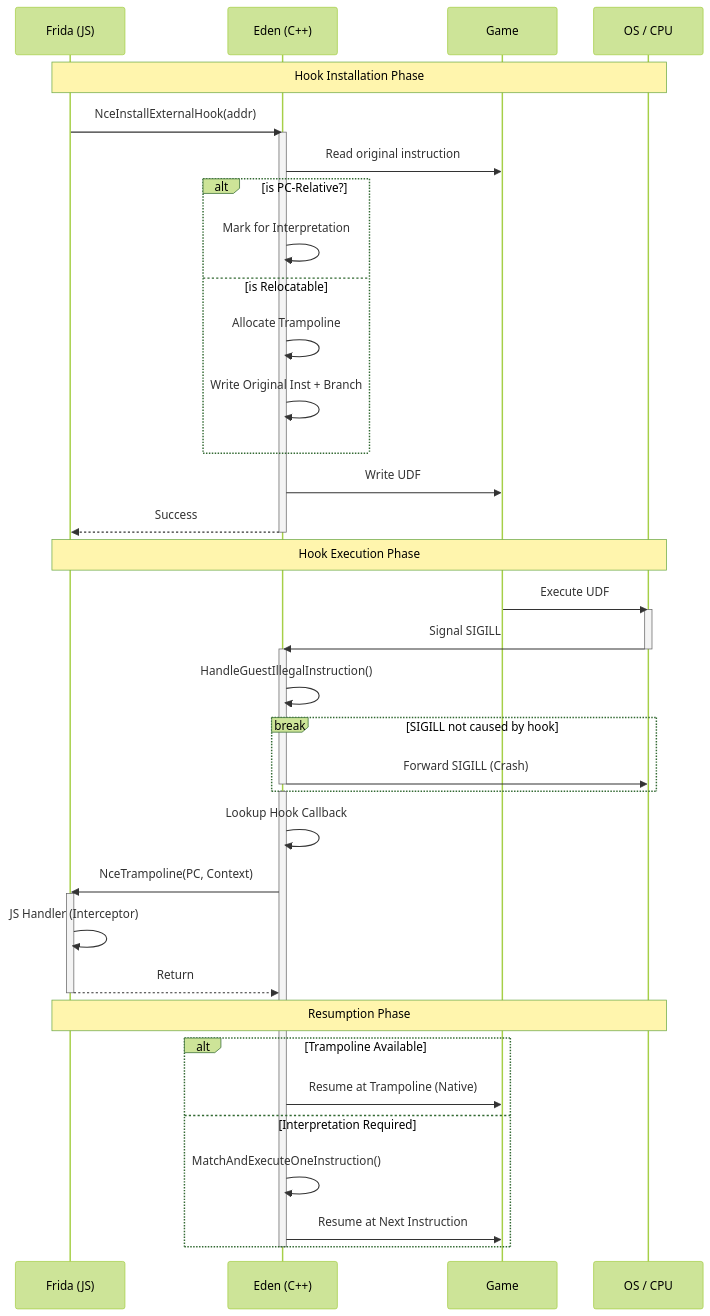
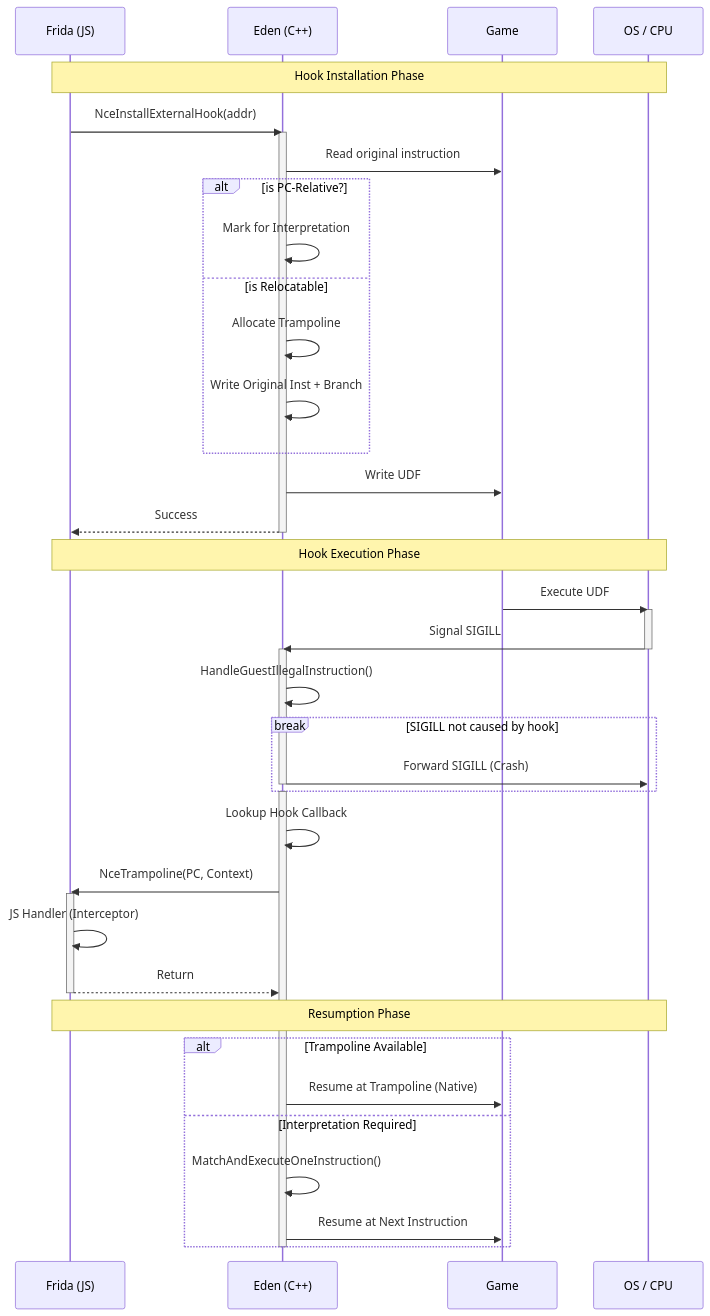
Before and after one commit to Mansive/puni-patcher: the diagram in docs/nce_hooks_diagram.mmd, drawn with Mermaid. The commit also changed 3 other files, not shown here.

```diff
--- a/docs/nce_hooks_diagram.mmd
+++ b/docs/nce_hooks_diagram.mmd
@@ -1,62 +1,62 @@
 %%{init: {
-    'theme': 'forest'
+    %% 'theme': 'forest'
 }}%%
 
 sequenceDiagram
     %% autonumber
     participant F as Frida (JS)
     participant E as Eden (C++)
     participant G as Game
     participant OS as OS / CPU
 
     Note over F, OS: Hook Installation Phase
 
     F->>E: NceInstallExternalHook(addr)
     activate E
     E->>G: Read original instruction
     
     alt is PC-Relative?
         E->>E: Mark for Interpretation
     else is Relocatable
         E->>E: Allocate Trampoline
         E->>E: Write Original Inst + Branch
     end
 
     E->>G: Write UDF #0 (SIGILL)
     E-->>F: Success
     deactivate E
 
     Note over F, OS: Hook Execution Phase
 
     G->>OS: Execute UDF #0
     activate OS
     OS->>E: Signal SIGILL
     deactivate OS
     
     activate E
     
     E->>E: HandleGuestIllegalInstruction()
     
     break SIGILL not caused by hook
         E->>OS: Forward SIGILL (Crash)
          deactivate E
     end
     activate  E
 
     E->>E: Lookup Hook Callback
     
     E->>F: NceTrampoline(PC, Context)
     activate F
     F->>F: JS Handler (Interceptor)
     F-->>E: Return
     deactivate F
     
     Note over F, OS: Resumption Phase
     
     alt Trampoline Available
         E->>G: Resume at Trampoline (Native)
     else Interpretation Required
         E->>E: MatchAndExecuteOneInstruction()
         E->>G: Resume at Next Instruction
     end
     deactivate E
```
